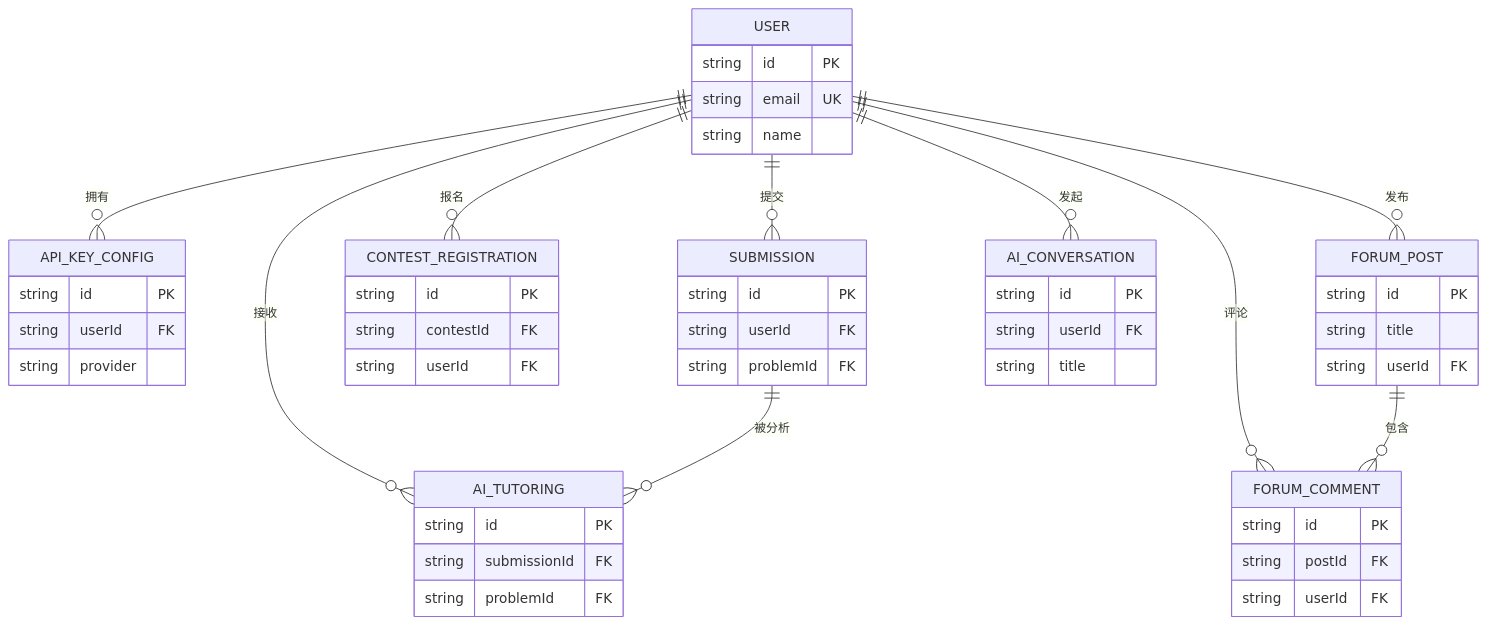
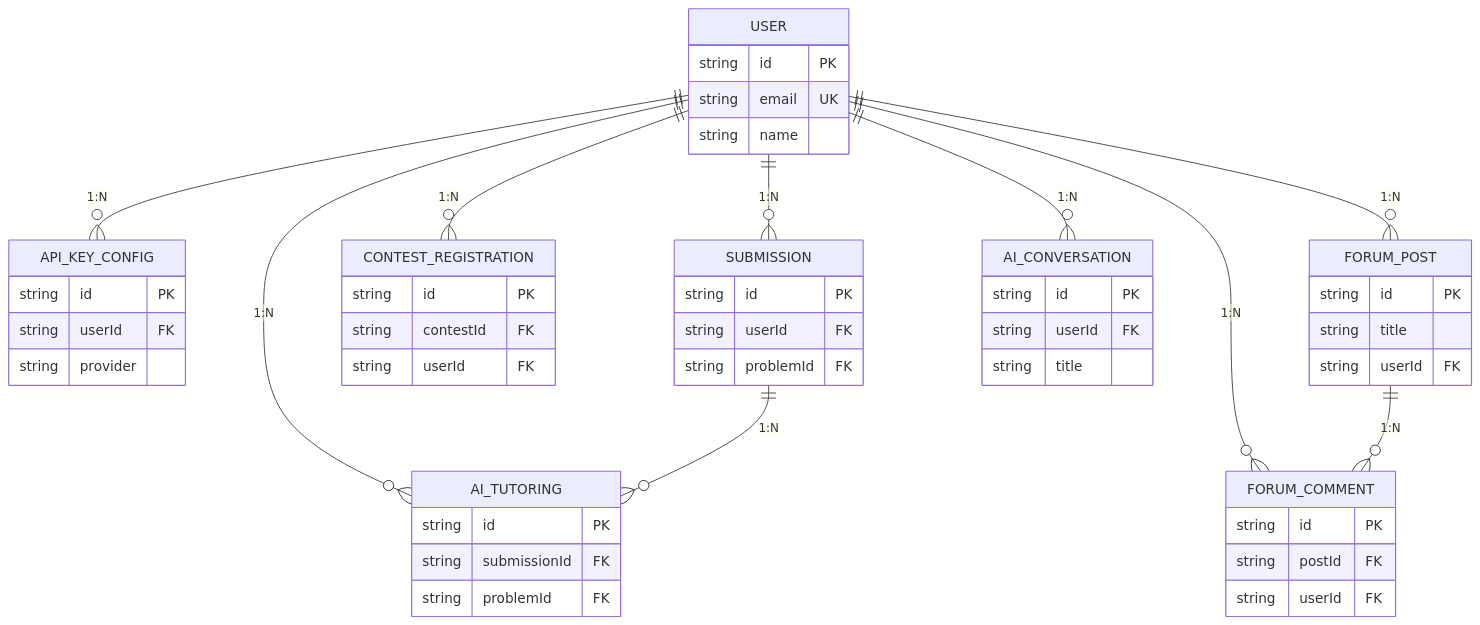
One commit to mulberyn/aI-coding-learning-platform changed the first of 4 diagrams in mermaid.md. Above: the diagram before and after it, drawn with Mermaid. The commit also changed other lines of this file and 3 other files, not shown here.

````diff
--- a/mermaid.md
+++ b/mermaid.md
@@ -3,60 +5,60 @@
 ```mermaid
 erDiagram
 	USER {
 		string id PK
 		string email UK
 		string name
 	}
 
 	API_KEY_CONFIG {
 		string id PK
 		string userId FK
 		string provider
 	}
 
 	SUBMISSION {
 		string id PK
 		string userId FK
 		string problemId FK
 	}
 
 	CONTEST_REGISTRATION {
 		string id PK
 		string contestId FK
 		string userId FK
 	}
 
 	FORUM_POST {
 		string id PK
 		string title
 		string userId FK
 	}
 
 	FORUM_COMMENT {
 		string id PK
 		string postId FK
 		string userId FK
 	}
 
 	AI_CONVERSATION {
 		string id PK
 		string userId FK
 		string title
 	}
 
 	AI_TUTORING {
 		string id PK
 		string submissionId FK
 		string problemId FK
 	}
 
-	USER ||--o{ API_KEY_CONFIG : 拥有
-	USER ||--o{ SUBMISSION : 提交
-	USER ||--o{ CONTEST_REGISTRATION : 报名
-	USER ||--o{ FORUM_POST : 发布
-	USER ||--o{ FORUM_COMMENT : 评论
-	USER ||--o{ AI_CONVERSATION : 发起
-	USER ||--o{ AI_TUTORING : 接收
-	SUBMISSION ||--o{ AI_TUTORING : 被分析
-	FORUM_POST ||--o{ FORUM_COMMENT : 包含
+	USER ||--o{ API_KEY_CONFIG : "1:N"
+	USER ||--o{ SUBMISSION : "1:N"
+	USER ||--o{ CONTEST_REGISTRATION : "1:N"
+	USER ||--o{ FORUM_POST : "1:N"
+	USER ||--o{ FORUM_COMMENT : "1:N"
+	USER ||--o{ AI_CONVERSATION : "1:N"
+	USER ||--o{ AI_TUTORING : "1:N"
+	SUBMISSION ||--o{ AI_TUTORING : "1:N"
+	FORUM_POST ||--o{ FORUM_COMMENT : "1:N"
 ```
````
